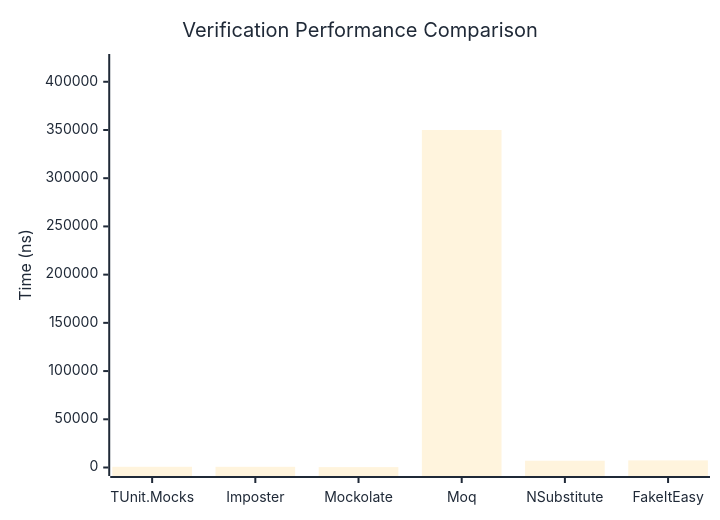
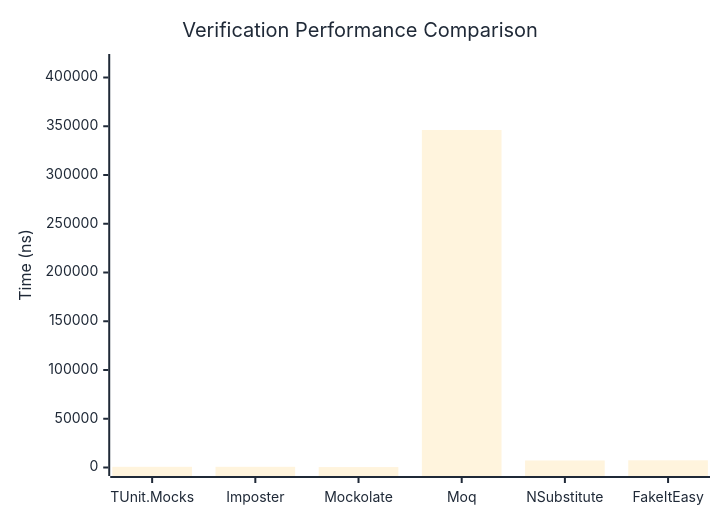
Before and after one commit to thomhurst/TUnit: the first of 3 diagrams in docs/docs/benchmarks/mocks/Verification.md, drawn with Mermaid. The commit also changed other lines of this file and 14 other files, not shown here.

````diff
--- a/docs/docs/benchmarks/mocks/Verification.md
+++ b/docs/docs/benchmarks/mocks/Verification.md
@@ -30,27 +30,27 @@
 ```mermaid
 %%{init: {
   'theme':'base',
   'themeVariables': {
     'primaryColor': '#2563eb',
     'primaryTextColor': '#1f2937',
     'primaryBorderColor': '#1e40af',
     'lineColor': '#6b7280',
     'secondaryColor': '#7c3aed',
     'tertiaryColor': '#dc2626',
     'background': '#ffffff',
     'pie1': '#2563eb',
     'pie2': '#7c3aed',
     'pie3': '#dc2626',
     'pie4': '#f59e0b',
     'pie5': '#10b981',
     'pie6': '#06b6d4',
     'pie7': '#ec4899',
     'pie8': '#6366f1'
   }
 }}%%
 xychart-beta
   title "Verification Performance Comparison"
   x-axis ["TUnit.Mocks", "Imposter", "Mockolate", "Moq", "NSubstitute", "FakeItEasy"]
-  y-axis "Time (ns)" 0 --> 419982
-  bar [739.22, 706.45, 406.95, 349984.31, 7034.08, 7368.2]
+  y-axis "Time (ns)" 0 --> 415389
+  bar [690.9, 700.44, 429.77, 346157.06, 7211.08, 7376.66]
 ```
````
